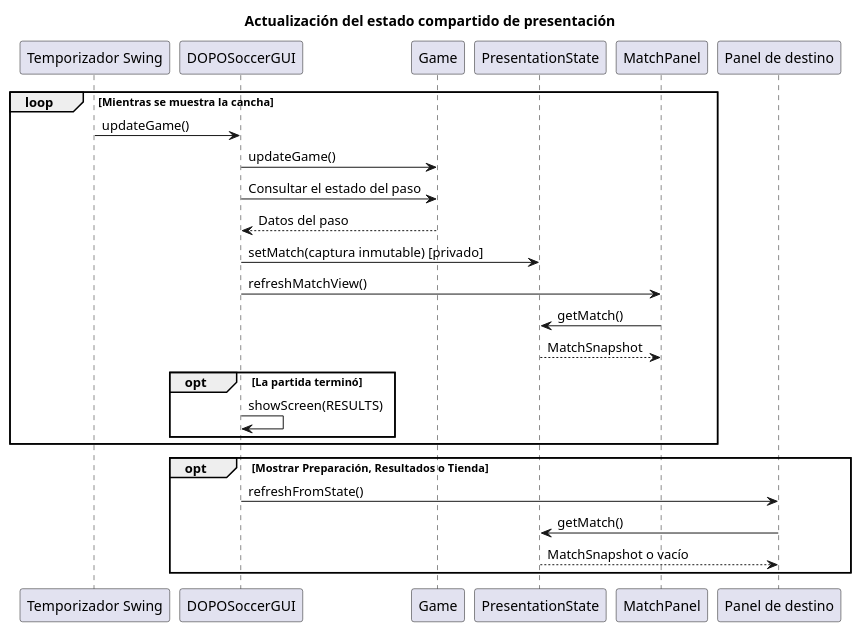
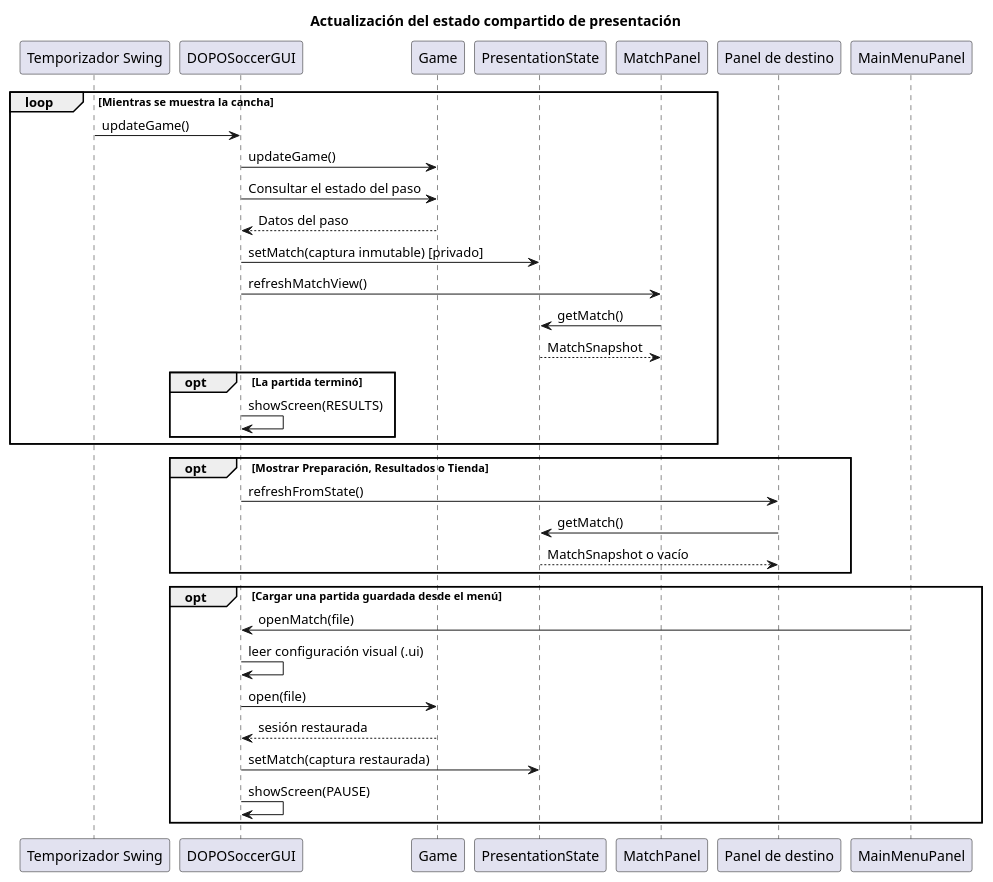
Before and after one commit to PaglkG/ProyectoFinal-Dopo: the diagram in docs/uml/presentation-state-sequence.puml, drawn with PlantUML. The commit also changed 22 other files, not shown here.

```diff
--- a/docs/uml/presentation-state-sequence.puml
+++ b/docs/uml/presentation-state-sequence.puml
@@ -1,30 +1,40 @@
 @startuml
 title Actualización del estado compartido de presentación
 
 participant "Temporizador Swing" as Timer
 participant DOPOSoccerGUI as GUI
 participant Game
 participant PresentationState as State
 participant MatchPanel as Match
 participant "Panel de destino" as Panel
+participant MainMenuPanel as Menu
 
 loop Mientras se muestra la cancha
     Timer -> GUI : updateGame()
     GUI -> Game : updateGame()
     GUI -> Game : Consultar el estado del paso
     Game --> GUI : Datos del paso
     GUI -> State : setMatch(captura inmutable) [privado]
     GUI -> Match : refreshMatchView()
     Match -> State : getMatch()
     State --> Match : MatchSnapshot
     opt La partida terminó
         GUI -> GUI : showScreen(RESULTS)
     end
 end
 
 opt Mostrar Preparación, Resultados o Tienda
     GUI -> Panel : refreshFromState()
     Panel -> State : getMatch()
     State --> Panel : MatchSnapshot o vacío
 end
+
+opt Cargar una partida guardada desde el menú
+    Menu -> GUI : openMatch(file)
+    GUI -> GUI : leer configuración visual (.ui)
+    GUI -> Game : open(file)
+    Game --> GUI : sesión restaurada
+    GUI -> State : setMatch(captura restaurada)
+    GUI -> GUI : showScreen(PAUSE)
+end
 @enduml
```
